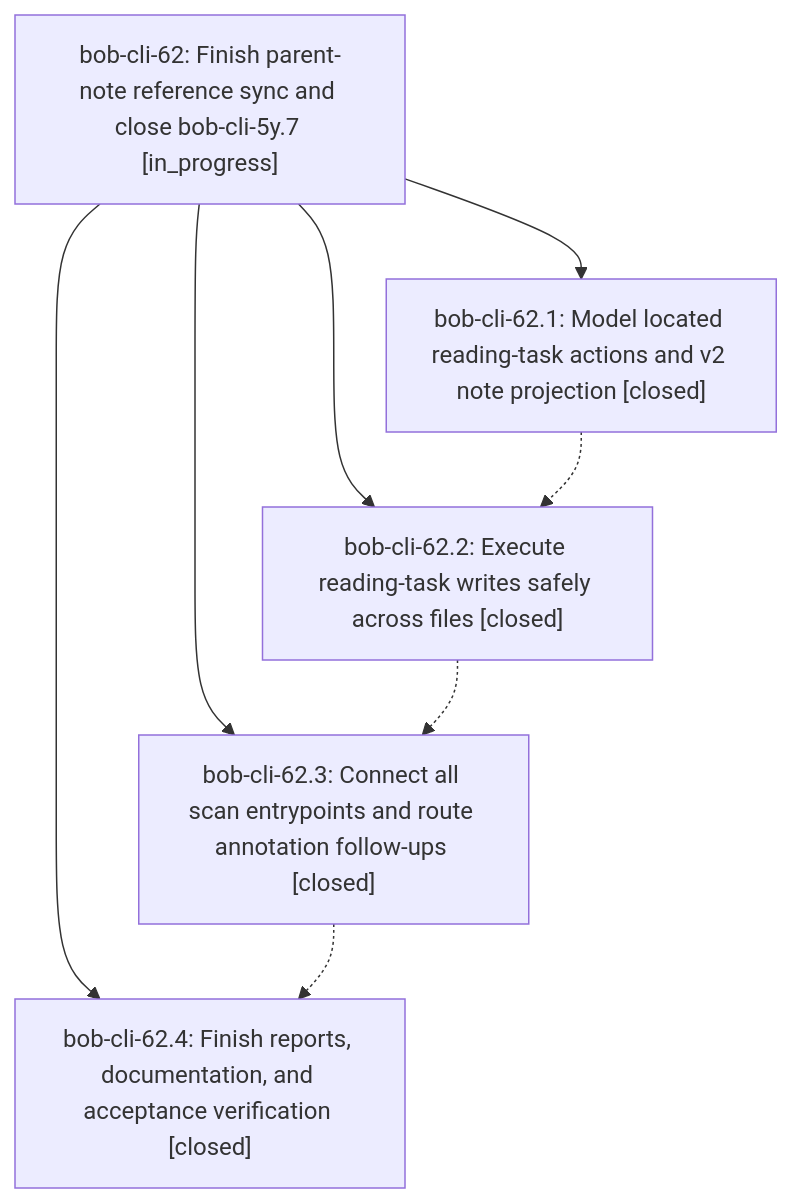
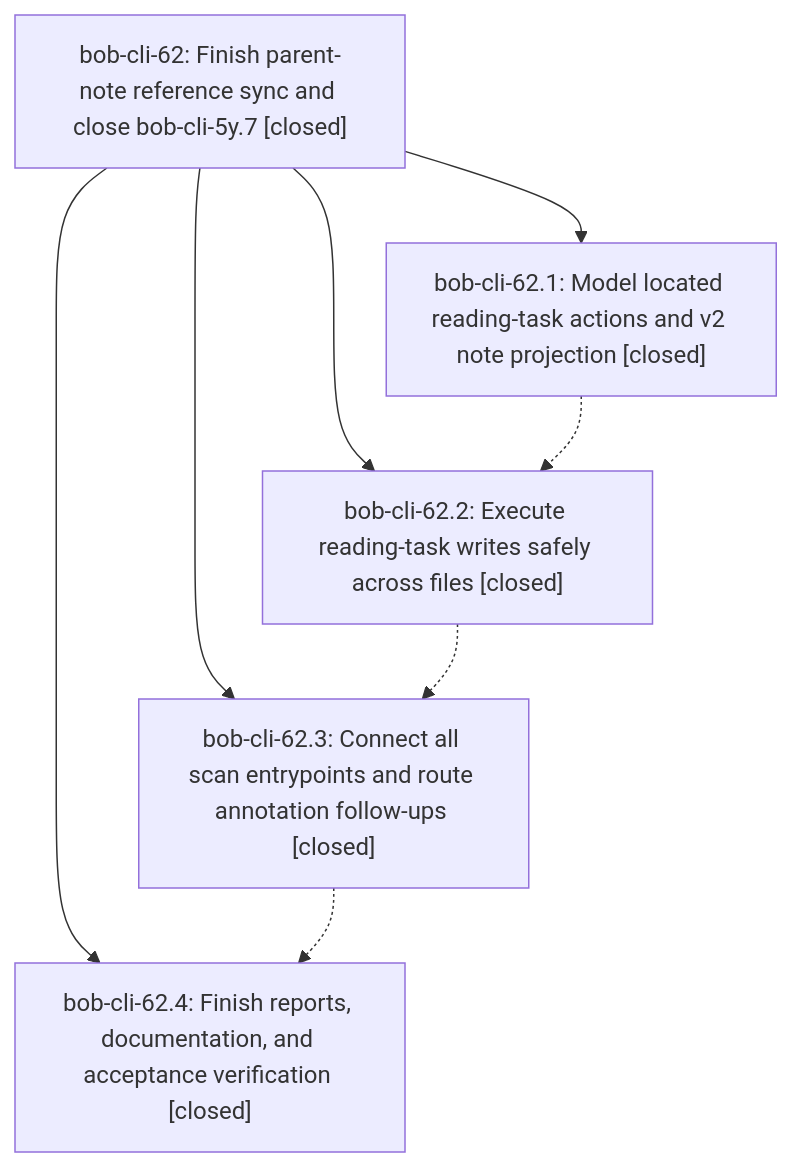
Before and after one commit to bobs-org/bob-cli--beads: the diagram in pages/bob-cli-62/README.md, drawn with Mermaid. The commit also changed other lines of this file and 1 other file, not shown here.

First line of the commit message:
chore(beads): sync bead state and pages for bob-cli-62

````diff
--- a/pages/bob-cli-62/README.md
+++ b/pages/bob-cli-62/README.md
@@ -39,15 +49,15 @@
 ```mermaid
 flowchart TD
-    n0["bob-cli-62: Finish parent-note reference sync and close bob-cli-5y.7 [in_progress]"]
+    n0["bob-cli-62: Finish parent-note reference sync and close bob-cli-5y.7 [closed]"]
     n1["bob-cli-62.1: Model located reading-task actions and v2 note projection [closed]"]
     n2["bob-cli-62.2: Execute reading-task writes safely across files [closed]"]
     n3["bob-cli-62.3: Connect all scan entrypoints and route annotation follow-ups [closed]"]
     n4["bob-cli-62.4: Finish reports, documentation, and acceptance verification [closed]"]
     n0 --> n1
     n0 --> n2
     n0 --> n3
     n0 --> n4
     n1 -.-> n2
     n2 -.-> n3
     n3 -.-> n4
 ```
````
